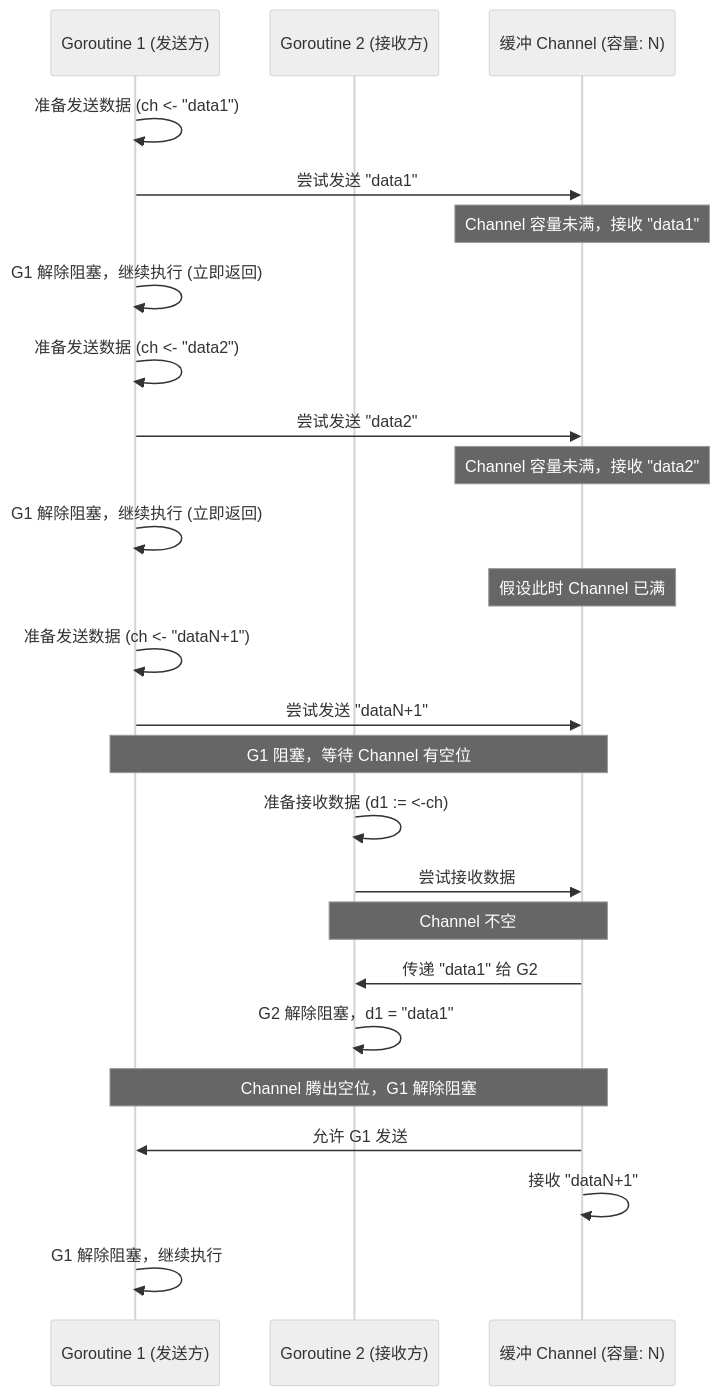
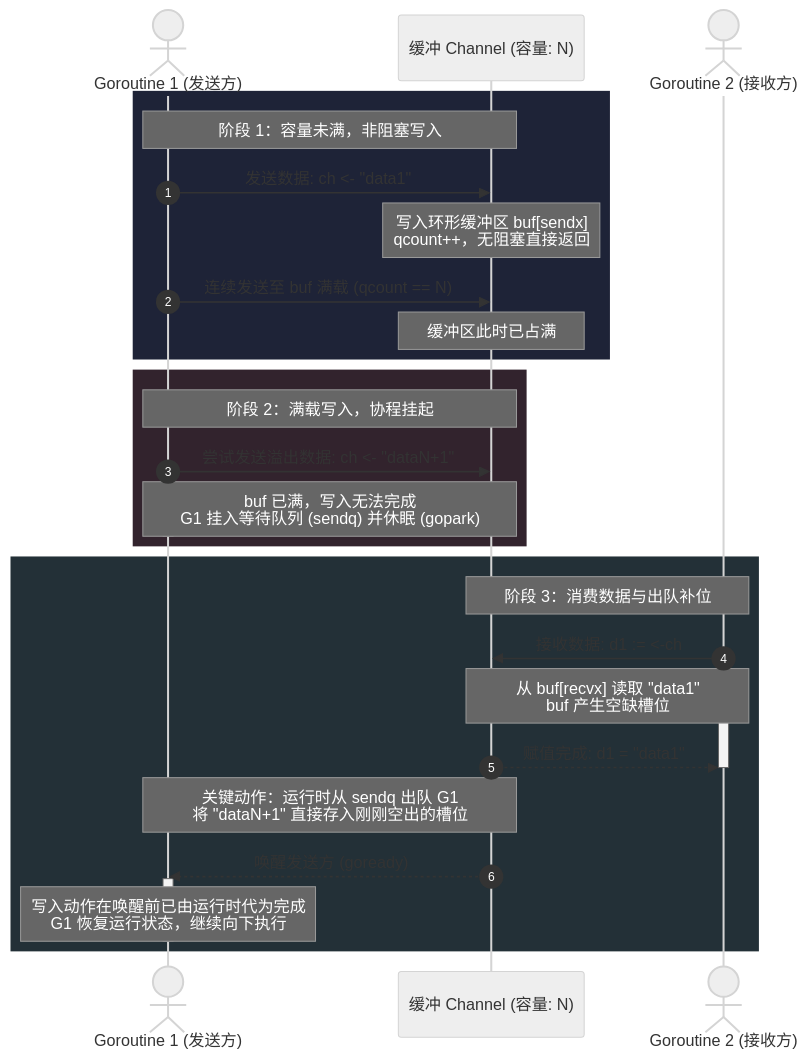
The second of 2 diagrams in source/_posts/2024/2024-08-07_Golang 缓冲Channel和无缓冲Channel的区别.md (teatang/t-blog), drawn with Mermaid (neutral theme) before and after one commit. The commit also changed other lines of this file and 7 other files, not shown here.

```diff
--- a/source/_posts/2024/2024-08-07_Golang 缓冲Channel和无缓冲Channel的区别.md
+++ b/source/_posts/2024/2024-08-07_Golang 缓冲Channel和无缓冲Channel的区别.md
@@ -154,31 +175,41 @@
 {% mermaid %}
 sequenceDiagram
-    participant G1 as Goroutine 1 (发送方)
-    participant G2 as Goroutine 2 (接收方)
-    participant Channel as 缓冲 Channel (容量: N)
+    autonumber
+    actor G1 as Goroutine 1 (发送方)
+    participant Ch as 缓冲 Channel (容量: N)
+    actor G2 as Goroutine 2 (接收方)
 
-    G1->>G1: 准备发送数据 (ch <- "data1")
-    G1->>Channel: 尝试发送 "data1"
-    Note over Channel: Channel 容量未满，接收 "data1"
-    G1->>G1: G1 解除阻塞，继续执行 (立即返回)
+    %% 阶段 1：未满写入（非阻塞）
+    rect rgb(30, 35, 55)
+        Note over G1,Ch: 阶段 1：容量未满，非阻塞写入
+        G1->>Ch: 发送数据: ch <- "data1"
+        Note over Ch: 写入环形缓冲区 buf[sendx]<br/>qcount++，无阻塞直接返回
+        G1->>Ch: 连续发送至 buf 满载 (qcount == N)
+        Note over Ch: 缓冲区此时已占满
+    end
 
-    G1->>G1: 准备发送数据 (ch <- "data2")
-    G1->>Channel: 尝试发送 "data2"
-    Note over Channel: Channel 容量未满，接收 "data2"
-    G1->>G1: G1 解除阻塞，继续执行 (立即返回)
+    %% 阶段 2：满载写入导致阻塞
+    rect rgb(50, 35, 45)
+        Note over G1,Ch: 阶段 2：满载写入，协程挂起
+        G1->>Ch: 尝试发送溢出数据: ch <- "dataN+1"
+        activate G1
+        Note over G1,Ch: buf 已满，写入无法完成<br/>G1 挂入等待队列 (sendq) 并休眠 (gopark)
+        deactivate G1
+    end
 
-    Note over Channel: 假设此时 Channel 已满
-    G1->>G1: 准备发送数据 (ch <- "dataN+1")
-    G1->>Channel: 尝试发送 "dataN+1"
-    Note over G1,Channel: G1 阻塞，等待 Channel 有空位
+    %% 阶段 3：接收方消费与直接补位
+    rect rgb(35, 48, 55)
+        Note over Ch,G2: 阶段 3：消费数据与出队补位
+        G2->>Ch: 接收数据: d1 := <-ch
+        activate G2
+        Note over Ch,G2: 从 buf[recvx] 读取 "data1"<br/>buf 产生空缺槽位
+        Ch-->>G2: 赋值完成: d1 = "data1"
+        deactivate G2
 
-    G2->>G2: 准备接收数据 (d1 := <-ch)
-    G2->>Channel: 尝试接收数据
-    Note over Channel,G2: Channel 不空
-    Channel->>G2: 传递 "data1" 给 G2
-    G2->>G2: G2 解除阻塞，d1 = "data1"
-    Note over G1,Channel: Channel 腾出空位，G1 解除阻塞
-    Channel->>G1: 允许 G1 发送
-    Channel->>Channel: 接收 "dataN+1"
-    G1->>G1: G1 解除阻塞，继续执行
+        Note over G1,Ch: 关键动作：运行时从 sendq 出队 G1<br/>将 "dataN+1" 直接存入刚刚空出的槽位
+        Ch-->>G1: 唤醒发送方 (goready)
+        activate G1
+        Note over G1: 写入动作在唤醒前已由运行时代为完成<br/>G1 恢复运行状态，继续向下执行
+        deactivate G1
+    end
 {% endmermaid %}
```
